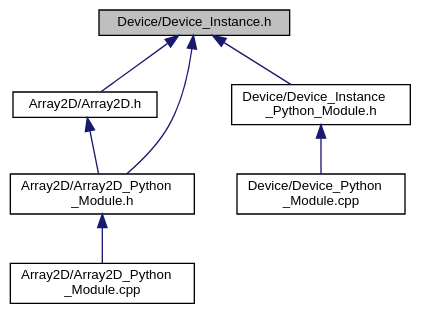
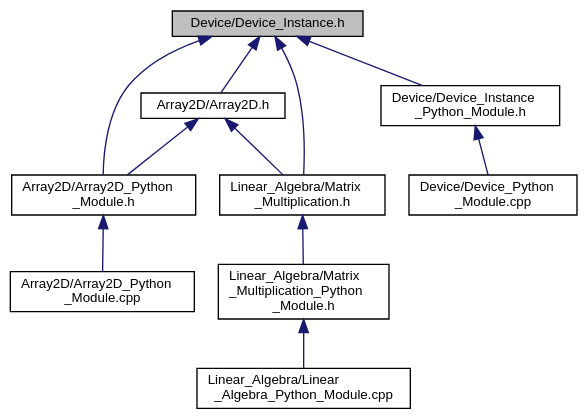
One commit to OsmanAEG/PySYCL changed the diagram in docs/PySYCL_doxygen_html/_device___instance_8h__dep__incl.dot. Above: the diagram before and after it, drawn with Graphviz. The commit also changed 129 other files, not shown here.

```diff
--- a/docs/PySYCL_doxygen_html/_device___instance_8h__dep__incl.dot
+++ b/docs/PySYCL_doxygen_html/_device___instance_8h__dep__incl.dot
@@ -1,20 +1,27 @@
 digraph "Device/Device_Instance.h"
 {
  // INTERACTIVE_SVG=YES
  // LATEX_PDF_SIZE
   bgcolor="transparent";
   edge [fontname="Helvetica",fontsize="10",labelfontname="Helvetica",labelfontsize="10"];
   node [fontname="Helvetica",fontsize="10",shape=record];
   Node1 [label="Device/Device_Instance.h",height=0.2,width=0.4,color="black", fillcolor="grey75", style="filled", fontcolor="black",tooltip="Device instance for device selection in PySYCL."];
   Node1 -> Node2 [dir="back",color="midnightblue",fontsize="10",style="solid",fontname="Helvetica"];
   Node2 [label="Array2D/Array2D.h",height=0.2,width=0.4,color="black",URL="$_array2_d_8h.html",tooltip="Array2D in PySYCL. This is the shared version of the Array2D class. It is used when the user wants to..."];
   Node2 -> Node3 [dir="back",color="midnightblue",fontsize="10",style="solid",fontname="Helvetica"];
   Node3 [label="Array2D/Array2D_Python\l_Module.h",height=0.2,width=0.4,color="black",URL="$_array2_d___python___module_8h.html",tooltip="Python module for an array_2d object in PySYCL."];
   Node3 -> Node4 [dir="back",color="midnightblue",fontsize="10",style="solid",fontname="Helvetica"];
   Node4 [label="Array2D/Array2D_Python\l_Module.cpp",height=0.2,width=0.4,color="black",URL="$_array2_d___python___module_8cpp.html",tooltip="Python module for array_2d in PySYCL."];
+  Node2 -> Node5 [dir="back",color="midnightblue",fontsize="10",style="solid",fontname="Helvetica"];
+  Node5 [label="Linear_Algebra/Matrix\l_Multiplication.h",height=0.2,width=0.4,color="black",URL="$_matrix___multiplication_8h.html",tooltip="Matrix Multiplication in PySYCL."];
+  Node5 -> Node6 [dir="back",color="midnightblue",fontsize="10",style="solid",fontname="Helvetica"];
+  Node6 [label="Linear_Algebra/Matrix\l_Multiplication_Python\l_Module.h",height=0.2,width=0.4,color="black",URL="$_matrix___multiplication___python___module_8h.html",tooltip="Python module for a matrix multiplication in PySYCL."];
+  Node6 -> Node7 [dir="back",color="midnightblue",fontsize="10",style="solid",fontname="Helvetica"];
+  Node7 [label="Linear_Algebra/Linear\l_Algebra_Python_Module.cpp",height=0.2,width=0.4,color="black",URL="$_linear___algebra___python___module_8cpp.html",tooltip="Python module for linalg in PySYCL."];
   Node1 -> Node3 [dir="back",color="midnightblue",fontsize="10",style="solid",fontname="Helvetica"];
+  Node1 -> Node8 [dir="back",color="midnightblue",fontsize="10",style="solid",fontname="Helvetica"];
+  Node8 [label="Device/Device_Instance\l_Python_Module.h",height=0.2,width=0.4,color="black",URL="$_device___instance___python___module_8h.html",tooltip="Python module for device instance in PySYCL."];
+  Node8 -> Node9 [dir="back",color="midnightblue",fontsize="10",style="solid",fontname="Helvetica"];
+  Node9 [label="Device/Device_Python\l_Module.cpp",height=0.2,width=0.4,color="black",URL="$_device___python___module_8cpp.html",tooltip="Python module for device in PySYCL."];
   Node1 -> Node5 [dir="back",color="midnightblue",fontsize="10",style="solid",fontname="Helvetica"];
-  Node5 [label="Device/Device_Instance\l_Python_Module.h",height=0.2,width=0.4,color="black",URL="$_device___instance___python___module_8h.html",tooltip="Python module for device instance in PySYCL."];
-  Node5 -> Node6 [dir="back",color="midnightblue",fontsize="10",style="solid",fontname="Helvetica"];
-  Node6 [label="Device/Device_Python\l_Module.cpp",height=0.2,width=0.4,color="black",URL="$_device___python___module_8cpp.html",tooltip="Python module for device in PySYCL."];
 }
```
